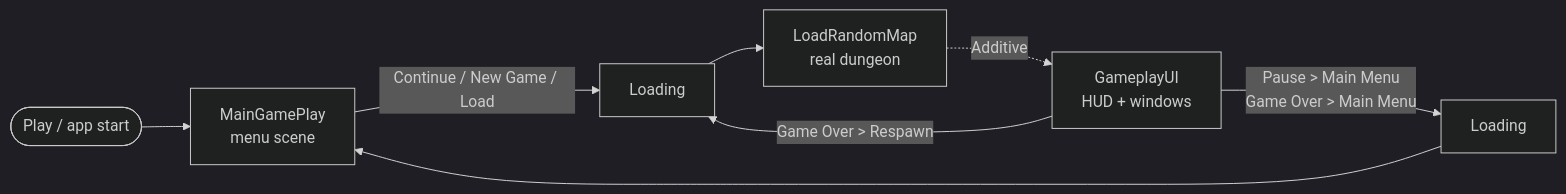
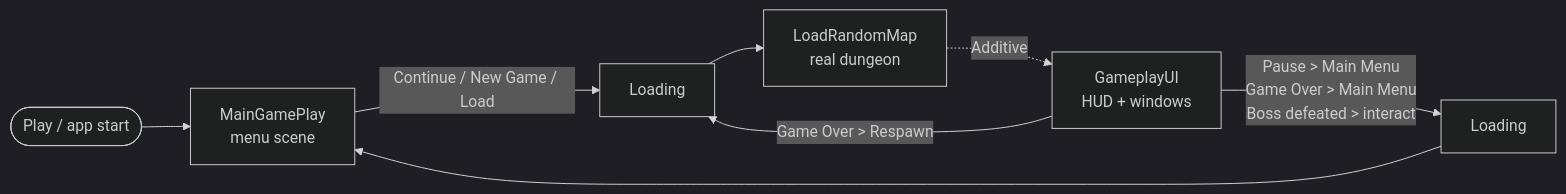
The first of 3 diagrams in docs/ui/ui-ux-flow.md (kay6198835/Game-RPG), drawn with Mermaid (dark theme) before and after one commit. The commit also changed other lines of this file and 5 other files, not shown here.

First line of the commit message:
feat(ui): return-to-main-menu request for boss exit; document death flows

````diff
--- a/docs/ui/ui-ux-flow.md
+++ b/docs/ui/ui-ux-flow.md
@@ -57,9 +60,9 @@
 ```mermaid
 flowchart LR
     Boot([Play / app start]) --> MGP[MainGamePlay<br/>menu scene]
     MGP -- "Continue / New Game / Load" --> L1[Loading]
     L1 --> Real[LoadRandomMap<br/>real dungeon]
     Real -. "Additive" .-> GUI[GameplayUI<br/>HUD + windows]
-    GUI -- "Pause > Main Menu<br/>Game Over > Main Menu" --> L2[Loading] --> MGP
+    GUI -- "Pause > Main Menu<br/>Game Over > Main Menu<br/>Boss defeated > interact" --> L2[Loading] --> MGP
     GUI -- "Game Over > Respawn" --> L1
 ```
````
